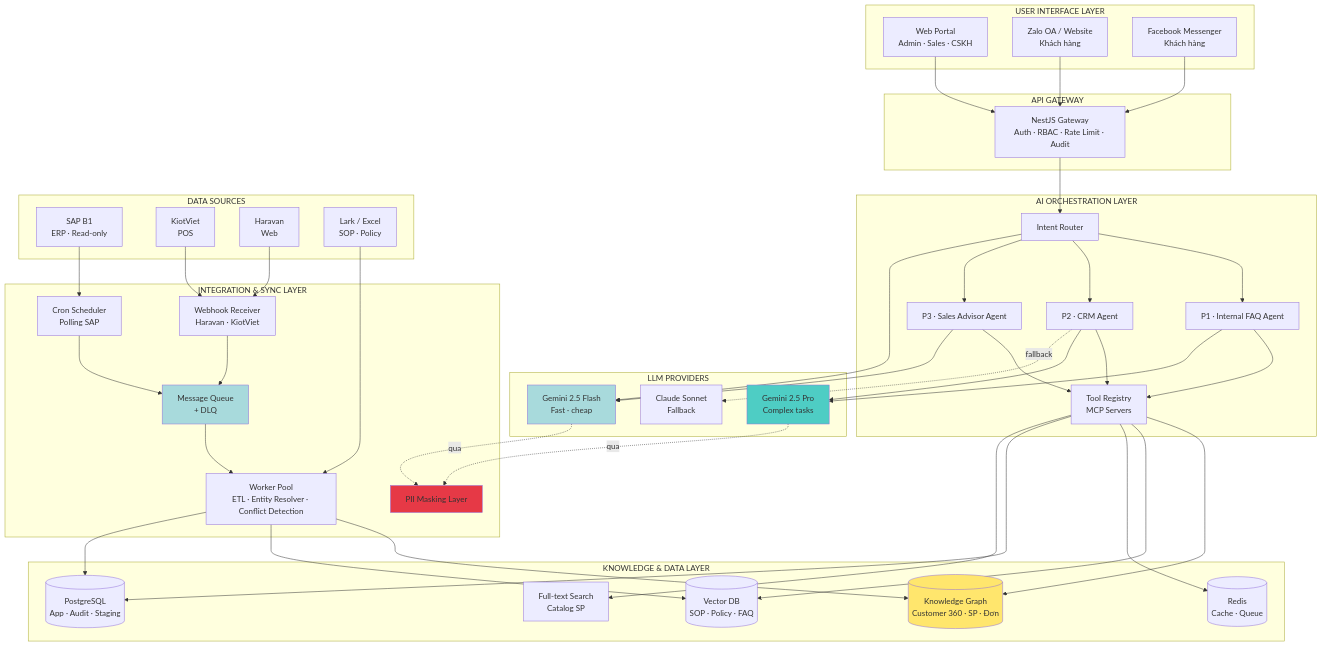
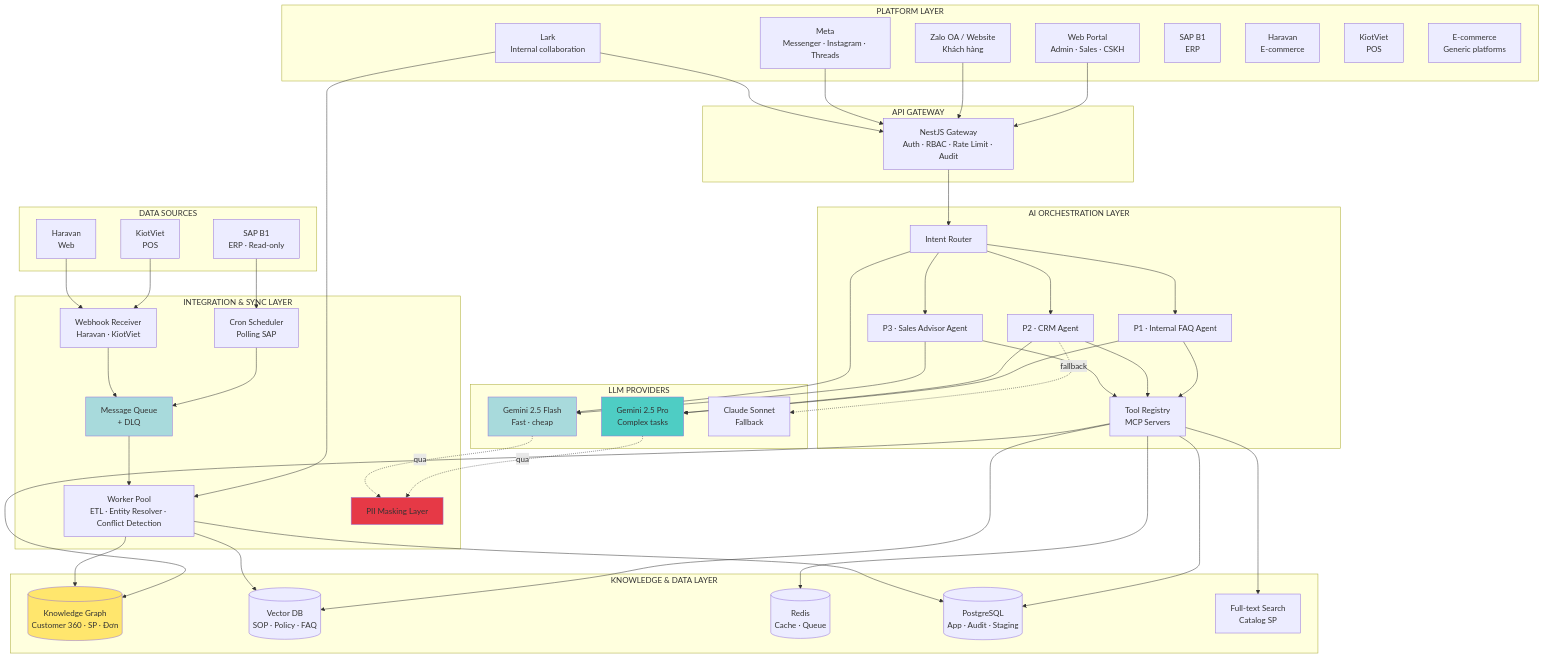
The first of 2 diagrams in Giày BQ - Architecture Design.md (alextran8320/mia-bq-enterprise), drawn with Mermaid before and after one commit. The commit also changed 9 other files, not shown here.

````diff
--- a/Giày BQ - Architecture Design.md
+++ b/Giày BQ - Architecture Design.md
@@ -10,9 +10,14 @@
 ```mermaid
 graph TB
-    subgraph "USER INTERFACE LAYER"
+    subgraph "PLATFORM LAYER"
         WebPortal[Web Portal<br/>Admin · Sales · CSKH]
         ZaloOA[Zalo OA / Website<br/>Khách hàng]
-        FB[Facebook Messenger<br/>Khách hàng]
+        Meta[Meta<br/>Messenger · Instagram · Threads]
+        LarkP[Lark<br/>Internal collaboration]
+        SAPp[SAP B1<br/>ERP]
+        HaraP[Haravan<br/>E-commerce]
+        KVp[KiotViet<br/>POS]
+        ECp[E-commerce<br/>Generic platforms]
     end
 
     subgraph "API GATEWAY"
@@ -53,12 +58,12 @@
         SAP[SAP B1<br/>ERP · Read-only]
         KV[KiotViet<br/>POS]
         Hara[Haravan<br/>Web]
-        Docs[Lark / Excel<br/>SOP · Policy]
     end
 
     WebPortal --> Gateway
     ZaloOA --> Gateway
-    FB --> Gateway
+    Meta --> Gateway
+    LarkP --> Gateway
 
     Gateway --> Router
     Router --> AgentP1
@@ -87,7 +92,7 @@
     SAP --> Cron
     KV --> Webhook
     Hara --> Webhook
-    Docs --> Workers
+    LarkP --> Workers
 
     Cron --> Queue
     Webhook --> Queue
````
